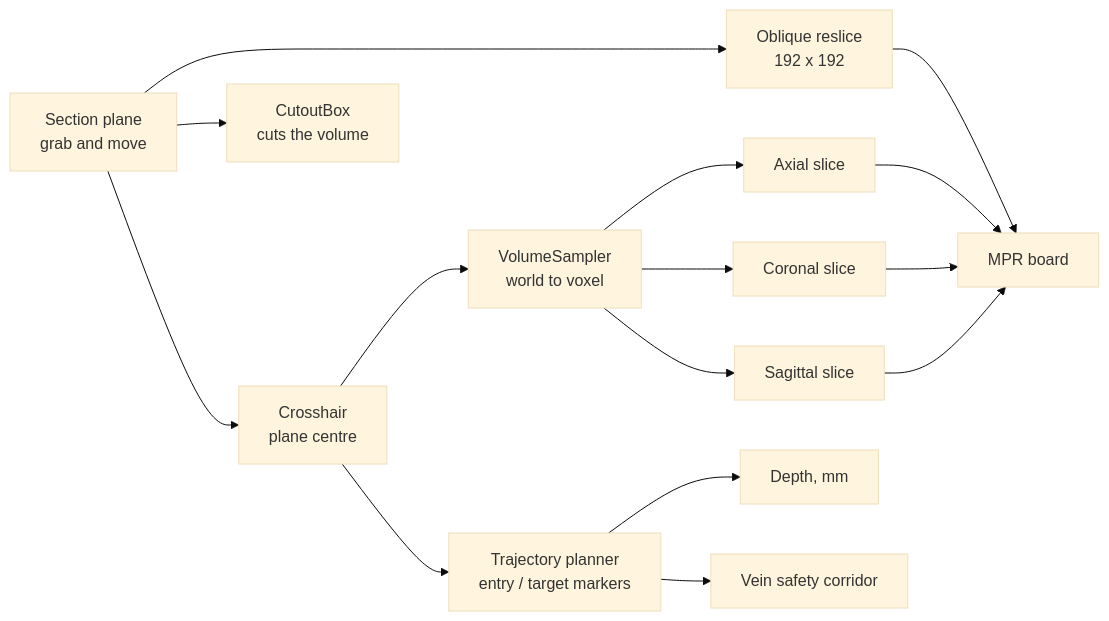
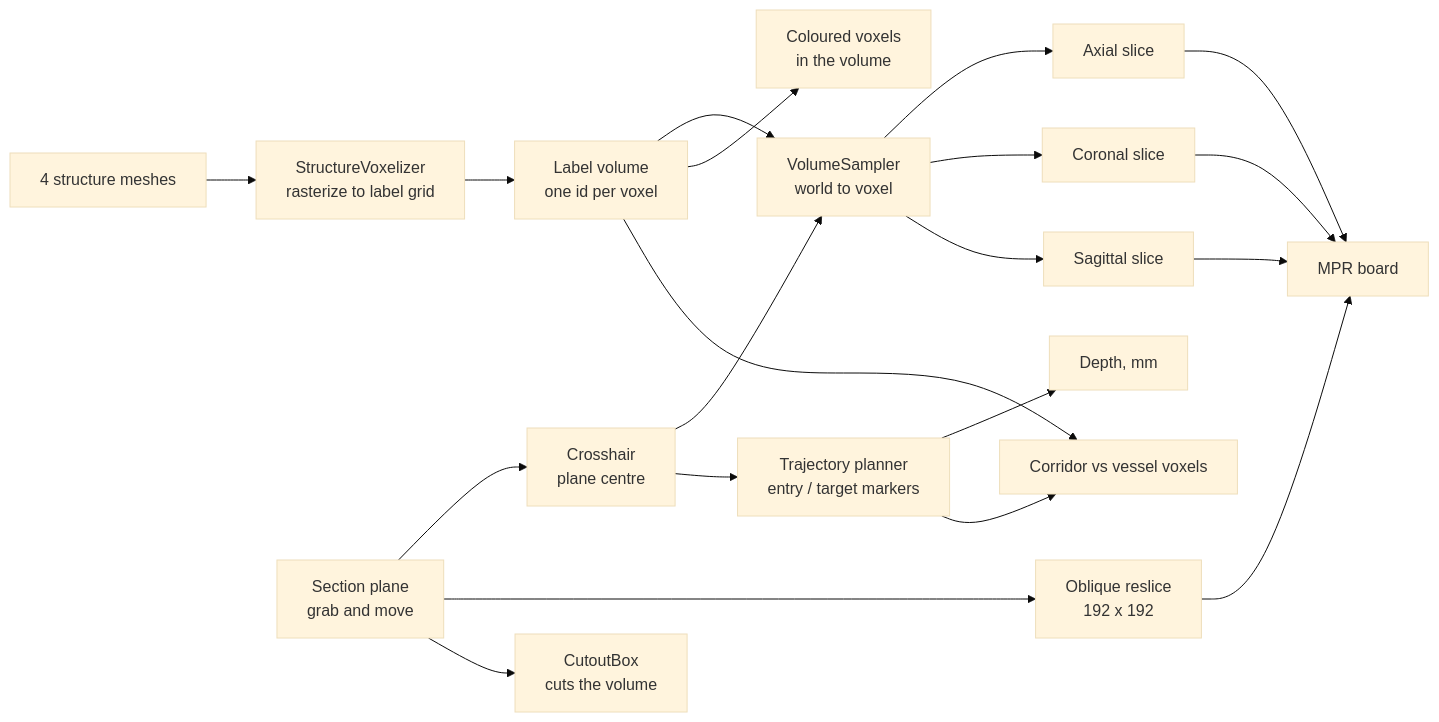
Before and after one commit to aenoriss/synav: the diagram in README.md, drawn with Mermaid (base theme). The commit also changed other lines of this file and 8 other files, not shown here.

````diff
--- a/README.md
+++ b/README.md
@@ -31,17 +32,22 @@
 ```mermaid
 flowchart LR
+  M[4 structure meshes] --> Z[StructureVoxelizer<br/>rasterize to label grid]
+  Z --> L[Label volume<br/>one id per voxel]
   P[Section plane<br/>grab and move] --> C[Crosshair<br/>plane centre]
   C --> V[VolumeSampler<br/>world to voxel]
+  L --> V
   V --> A[Axial slice]
   V --> K[Coronal slice]
   V --> S[Sagittal slice]
   P --> O[Oblique reslice<br/>192 x 192]
   P --> X[CutoutBox<br/>cuts the volume]
+  L --> G[Coloured voxels<br/>in the volume]
   O --> B[MPR board]
   A --> B
   K --> B
   S --> B
   C --> T[Trajectory planner<br/>entry / target markers]
   T --> D[Depth, mm]
-  T --> N[Vein safety corridor]
+  T --> N[Corridor vs vessel voxels]
+  L --> N
 ```
````
